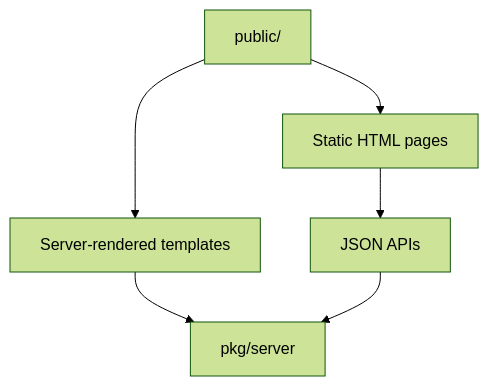
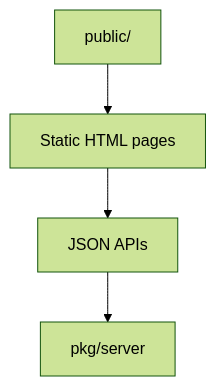
Before and after one commit to adrianawolfie/mythical-blue-sheet: the third of 5 diagrams in README.md, drawn with Mermaid (forest theme). The commit also changed other lines of this file and 18 other files, not shown here.

````diff
--- a/README.md
+++ b/README.md
@@ -67,13 +64,10 @@
 ```mermaid
 flowchart TB
   Public[public/]
   Static[Static HTML pages]
-  Templates[Server-rendered templates]
   APIs[JSON APIs]
 
   Public --> Static
-  Public --> Templates
   Static --> APIs
-  Templates --> Server[pkg/server]
-  APIs --> Server
+  APIs --> Server[pkg/server]
 ```
````
